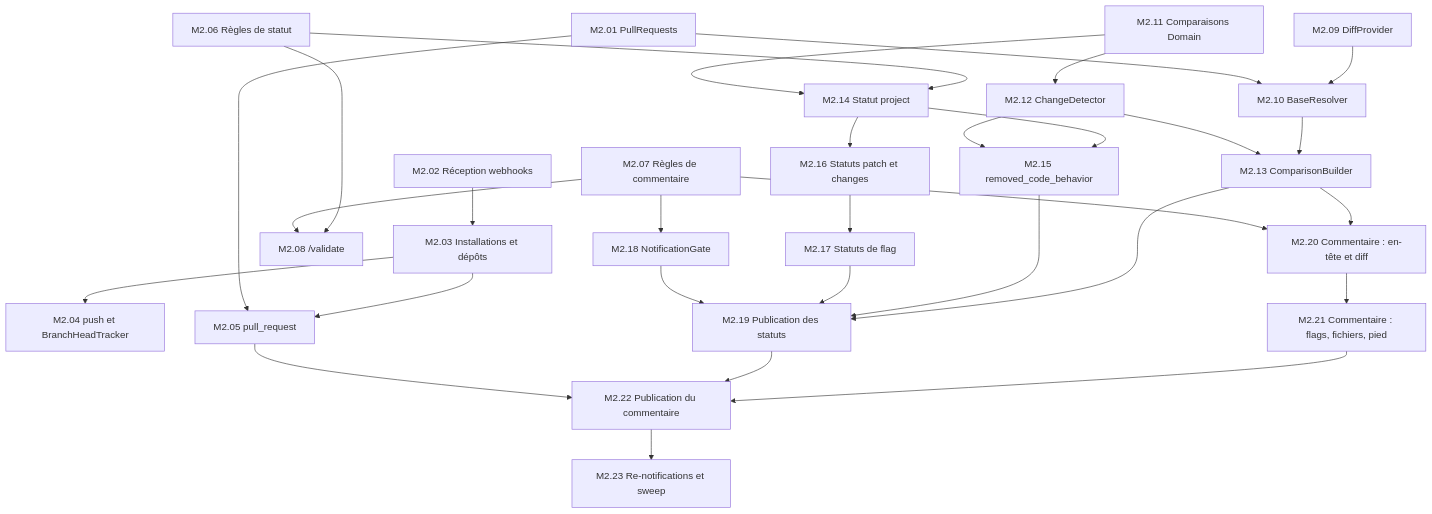
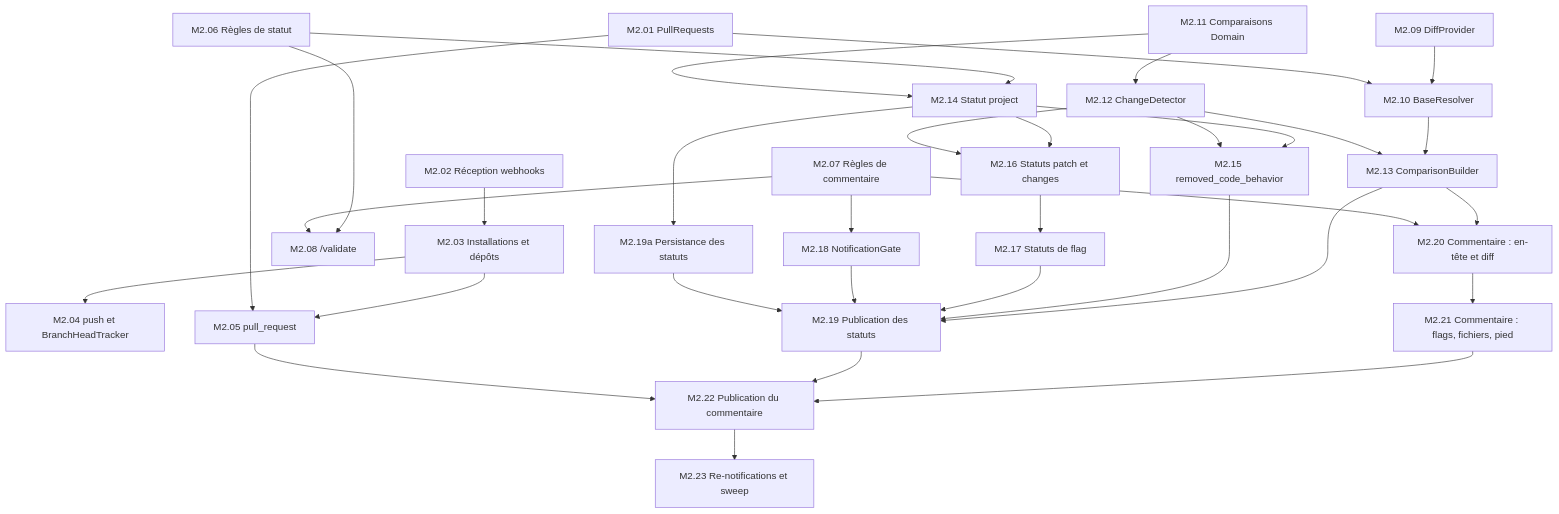
One commit to gaetanthouvenin/code-coverage changed the fourth of 6 diagrams in docs/PLAN.md. Above: the diagram before and after it, drawn with Mermaid. The commit also changed other lines of this file and 1 other file, not shown here.

````diff
--- a/docs/PLAN.md
+++ b/docs/PLAN.md
@@ -235,33 +248,36 @@
 ```mermaid
 graph TD
   M2_01["M2.01 PullRequests"]
   M2_02["M2.02 Réception webhooks"] --> M2_03["M2.03 Installations et dépôts"]
   M2_03 --> M2_04["M2.04 push et BranchHeadTracker"]
   M2_03 --> M2_05["M2.05 pull_request"]
   M2_01 --> M2_05
   M2_06["M2.06 Règles de statut"] --> M2_08["M2.08 /validate"]
   M2_07["M2.07 Règles de commentaire"] --> M2_08
   M2_09["M2.09 DiffProvider"] --> M2_10["M2.10 BaseResolver"]
   M2_01 --> M2_10
   M2_11["M2.11 Comparaisons Domain"] --> M2_12["M2.12 ChangeDetector"]
   M2_10 --> M2_13["M2.13 ComparisonBuilder"]
   M2_12 --> M2_13
   M2_06 --> M2_14["M2.14 Statut project"]
   M2_11 --> M2_14
   M2_14 --> M2_15["M2.15 removed_code_behavior"]
   M2_12 --> M2_15
   M2_14 --> M2_16["M2.16 Statuts patch et changes"]
+  M2_12 --> M2_16
   M2_16 --> M2_17["M2.17 Statuts de flag"]
   M2_07 --> M2_18["M2.18 NotificationGate"]
+  M2_14 --> M2_19a["M2.19a Persistance des statuts"]
   M2_13 --> M2_19["M2.19 Publication des statuts"]
   M2_15 --> M2_19
   M2_17 --> M2_19
   M2_18 --> M2_19
+  M2_19a --> M2_19
   M2_13 --> M2_20["M2.20 Commentaire : en-tête et diff"]
   M2_07 --> M2_20
   M2_20 --> M2_21["M2.21 Commentaire : flags, fichiers, pied"]
   M2_21 --> M2_22["M2.22 Publication du commentaire"]
   M2_19 --> M2_22
   M2_05 --> M2_22
   M2_22 --> M2_23["M2.23 Re-notifications et sweep"]
 ```
````
